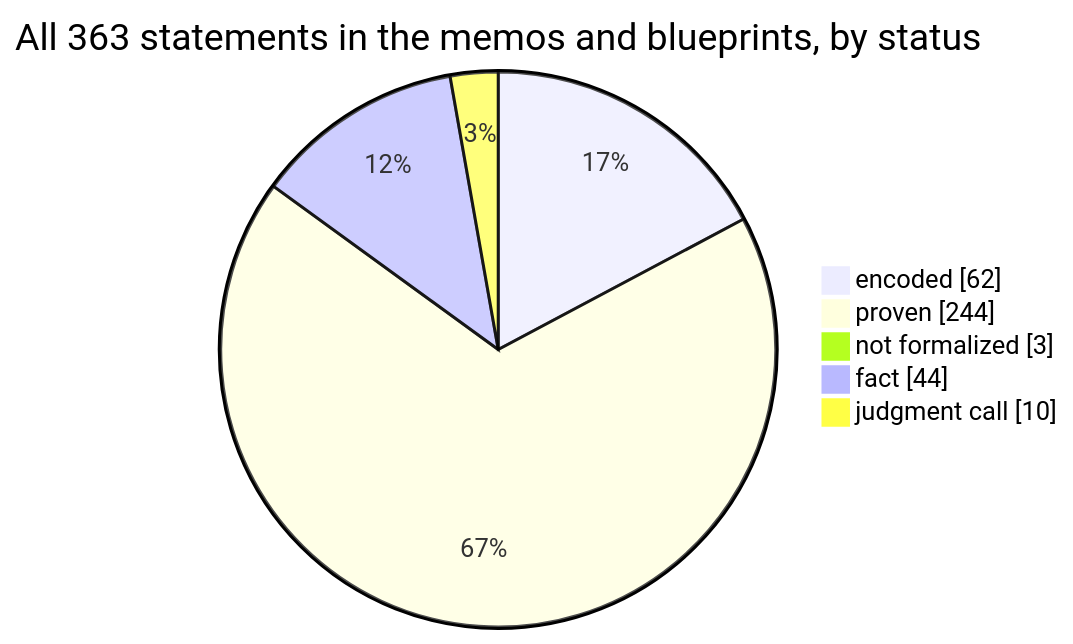
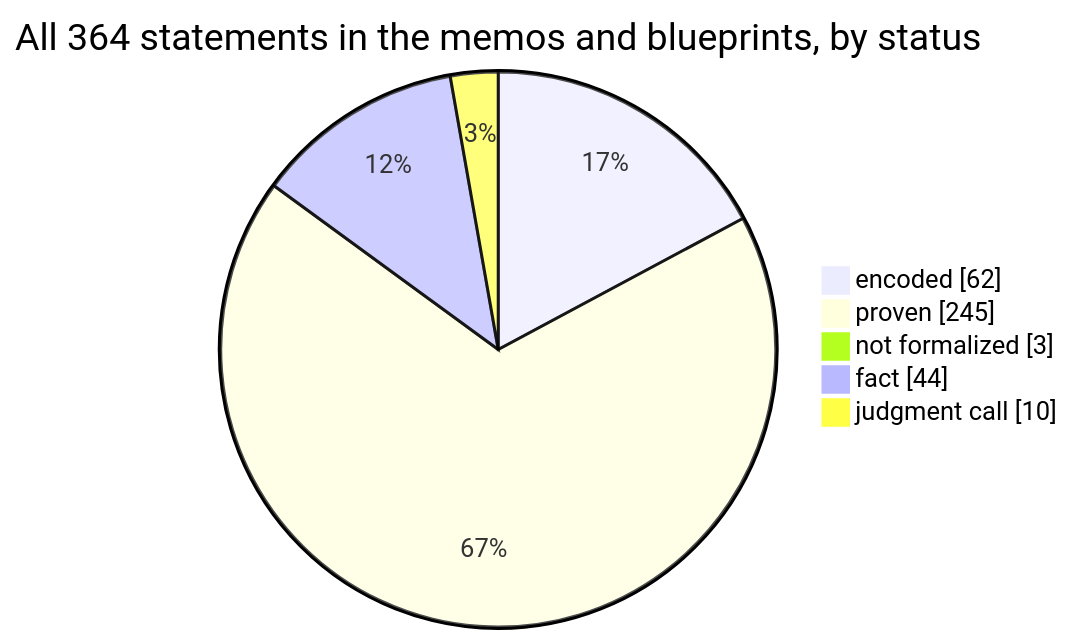
Before and after one commit to SeanWMurray/Canteen: the first of 4 diagrams in docs/graphs/dashboard.md, drawn with Mermaid. The commit also changed other lines of this file and 14 other files, not shown here.

````diff
--- a/docs/graphs/dashboard.md
+++ b/docs/graphs/dashboard.md
@@ -11,8 +11,8 @@
 ```mermaid
-pie showData title All 363 statements in the memos and blueprints, by status
+pie showData title All 364 statements in the memos and blueprints, by status
     "encoded" : 62
-    "proven" : 244
+    "proven" : 245
     "not formalized" : 3
     "fact" : 44
     "judgment call" : 10
 ```
````
